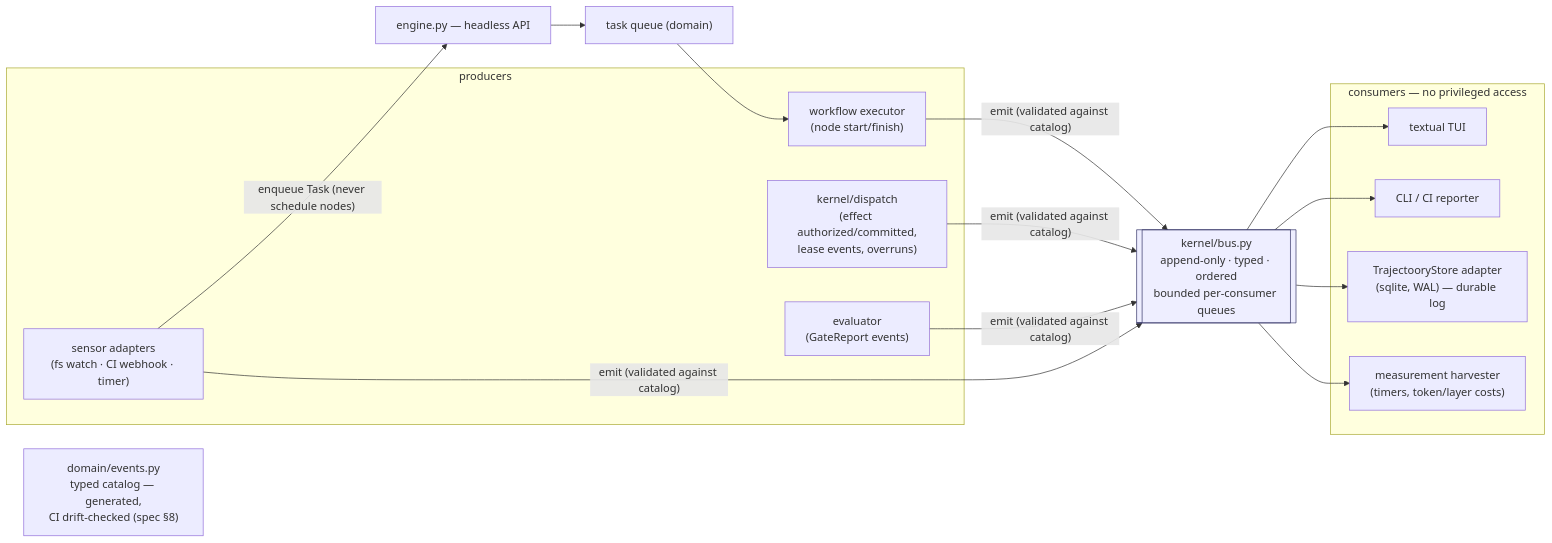
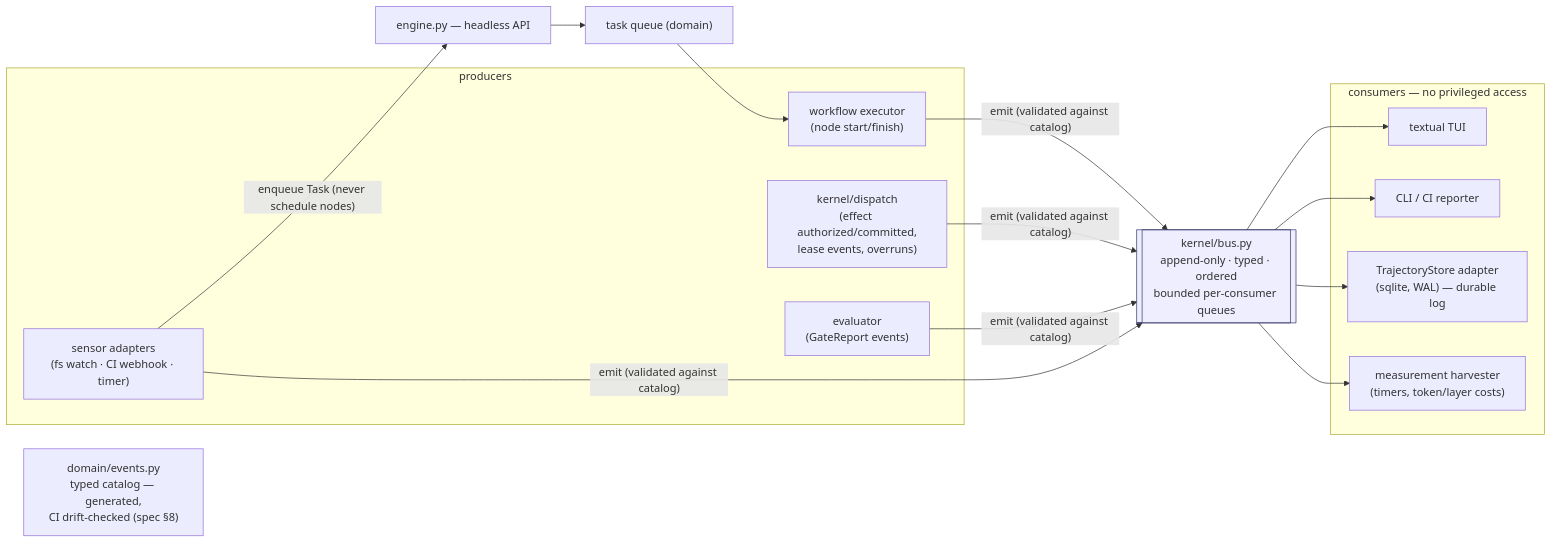
Before and after one commit to brainopensource/Harness-D-power: the third of 5 diagrams in docs/development/system_workflows_and_diagrams.md, drawn with Mermaid. The commit also changed 18 other files, not shown here.

````diff
--- a/docs/development/system_workflows_and_diagrams.md
+++ b/docs/development/system_workflows_and_diagrams.md
@@ -172,29 +172,29 @@
 ```mermaid
 flowchart LR
     subgraph PRODUCERS["producers"]
         WFX["workflow executor<br/>(node start/finish)"]
         DSP["kernel/dispatch<br/>(effect authorized/committed,<br/>lease events, overruns)"]
         EVR["evaluator<br/>(GateReport events)"]
         SNS["sensor adapters<br/>(fs watch · CI webhook · timer)"]
     end
 
     CATALOG["domain/events.py<br/>typed catalog — generated,<br/>CI drift-checked (spec §8)"]
 
     BUS[["kernel/bus.py<br/>append-only · typed · ordered<br/>bounded per-consumer queues"]]
 
     subgraph CONSUMERS["consumers — no privileged access"]
         TUI["textual TUI"]
         CLI["CLI / CI reporter"]
-        TSTORE["TrajectooryStore adapter<br/>(sqlite, WAL) — durable log"]
+        TSTORE["TrajectoryStore adapter<br/>(sqlite, WAL) — durable log"]
         METRICS["measurement harvester<br/>(timers, token/layer costs)"]
     end
 
     ENGINE["engine.py — headless API"]
     QUEUE["task queue (domain)"]
 
     WFX & DSP & EVR & SNS -- "emit (validated against catalog)" --> BUS
     BUS --> TUI & CLI & TSTORE & METRICS
     SNS -- "enqueue Task (never schedule nodes)" --> ENGINE --> QUEUE --> WFX
 
     style BUS fill:#eef,stroke:#336
 ```
````
